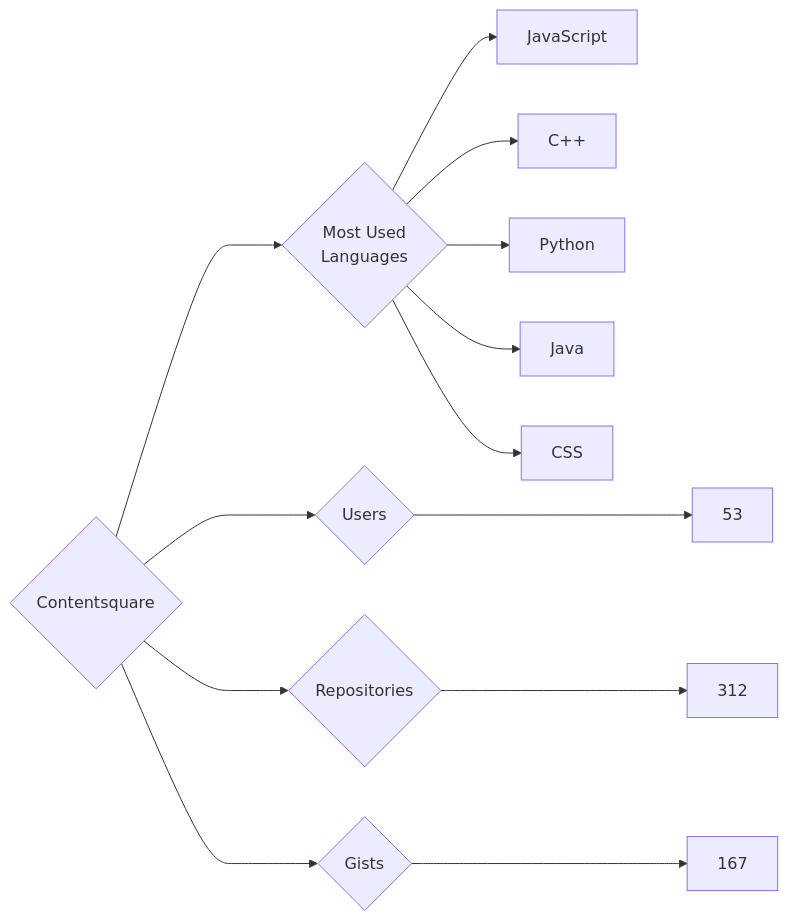
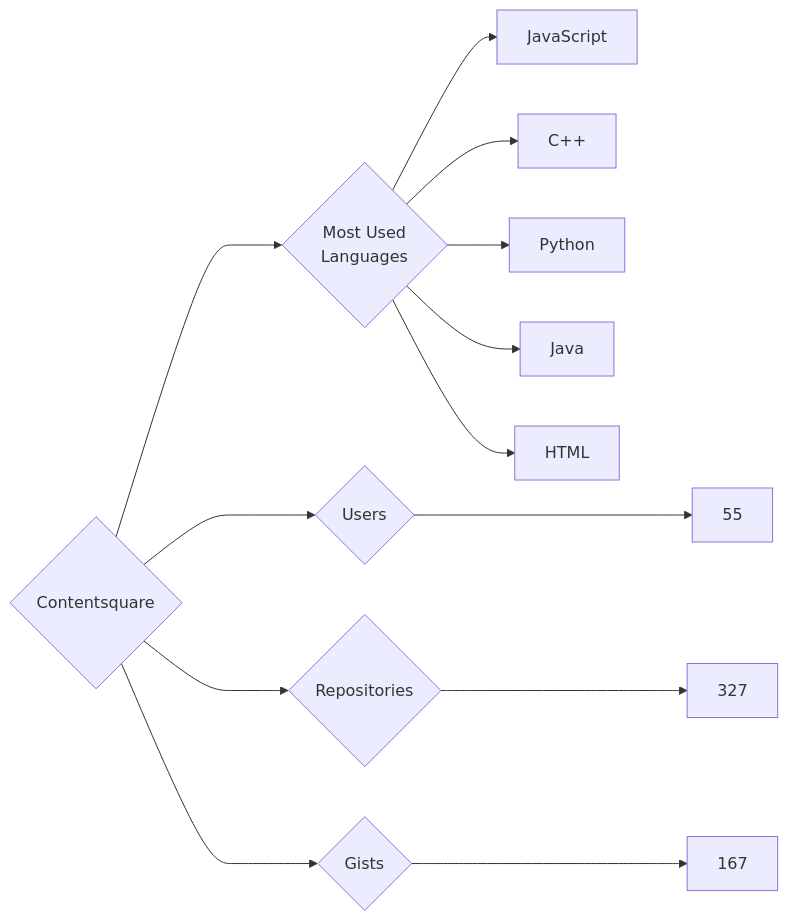
The diagram in targets/Contentsquare/README.md (trickest/insiders), drawn with Mermaid before and after one commit. The commit also changed 1170 other files, not shown here.

````diff
--- a/targets/Contentsquare/README.md
+++ b/targets/Contentsquare/README.md
@@ -3,13 +3,13 @@
 ```mermaid
 graph LR
 COMPANY_NAME{Contentsquare}
-COMPANY_NAME ---> U{Users} ---> UN[53]
-COMPANY_NAME ---> R{Repositories} ---> RN[312]
+COMPANY_NAME ---> U{Users} ---> UN[55]
+COMPANY_NAME ---> R{Repositories} ---> RN[327]
 COMPANY_NAME ---> G{Gists} ---> GN[167]
 COMPANY_NAME ---> ML{Most Used<br>Languages}
 ML --> JavaScript[JavaScript]
 ML --> C++[C++]
 ML --> Python[Python]
 ML --> Java[Java]
-ML --> CSS[CSS]
+ML --> HTML[HTML]
 ```
````
